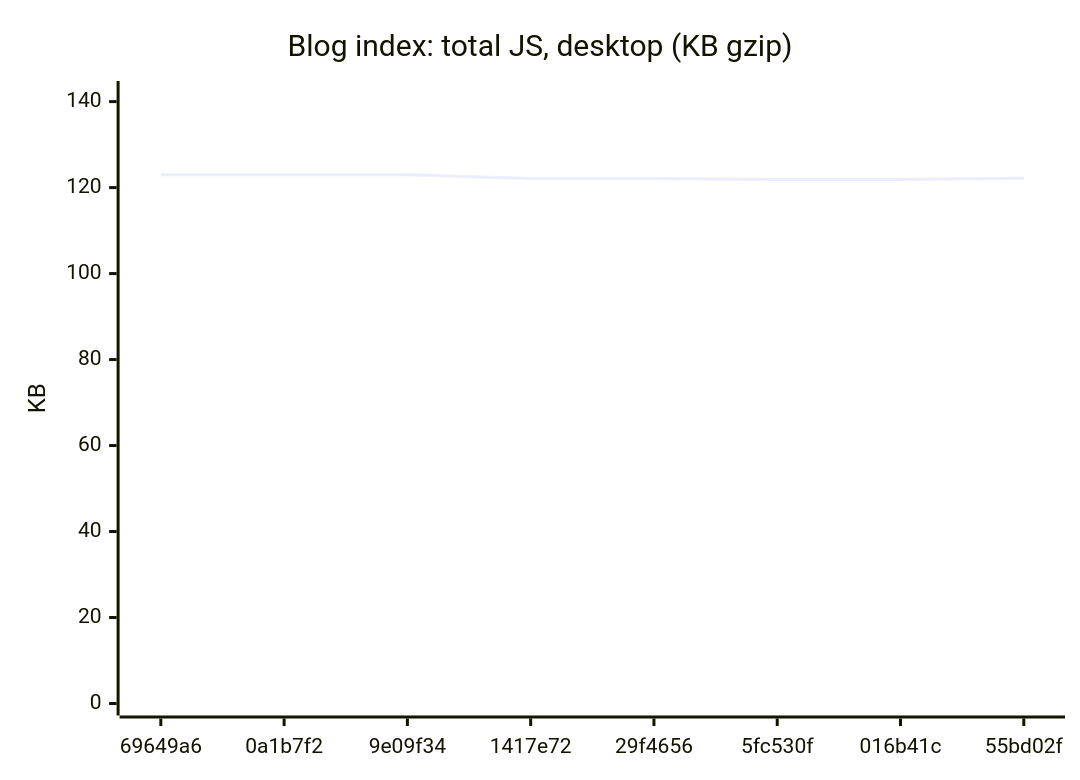
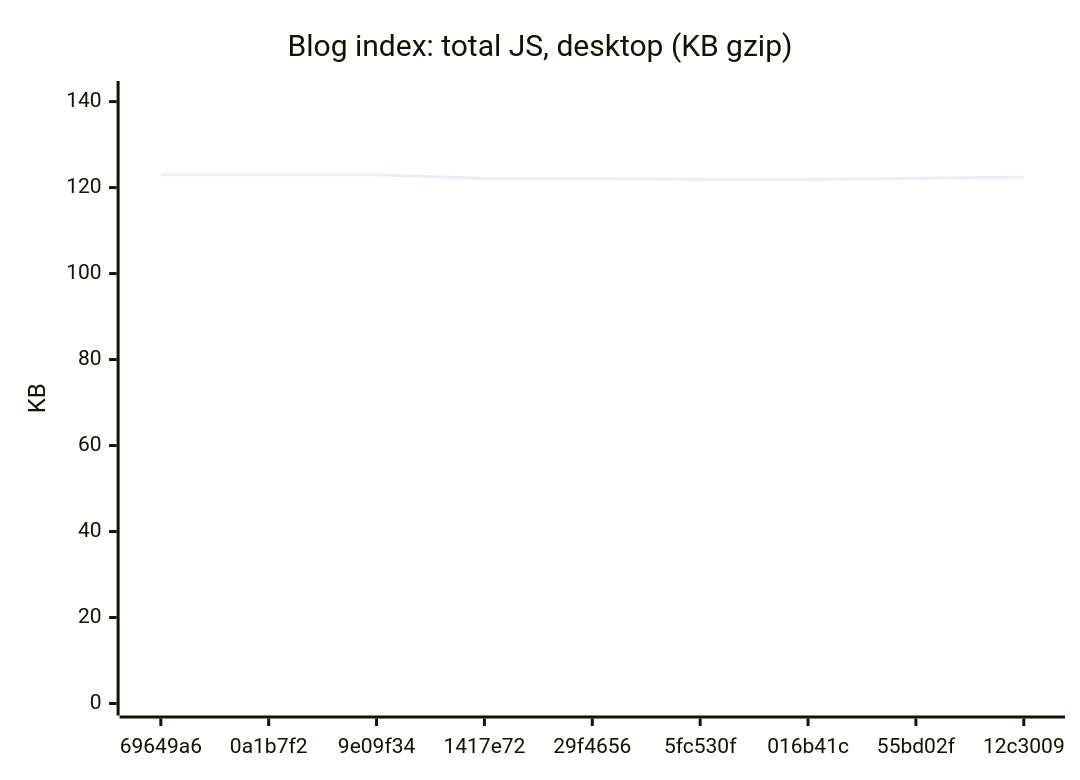
One commit to AxelUser/maltsev.space changed the third of 18 diagrams in README.md. Above: the diagram before and after it, drawn with Mermaid. The commit also changed other lines of this file and 1 other file, not shown here.

````diff
--- a/README.md
+++ b/README.md
@@ -53,7 +53,7 @@
 ```mermaid
 xychart-beta
   title "Blog index: total JS, desktop (KB gzip)"
-  x-axis ["69649a6", "0a1b7f2", "9e09f34", "1417e72", "29f4656", "5fc530f", "016b41c", "55bd02f"]
+  x-axis ["69649a6", "0a1b7f2", "9e09f34", "1417e72", "29f4656", "5fc530f", "016b41c", "55bd02f", "12c3009"]
   y-axis "KB" 0 --> 142
-  line [123, 123, 123, 122.1, 122.1, 121.9, 121.9, 122.2]
+  line [123, 123, 123, 122.1, 122.1, 121.9, 121.9, 122.2, 122.4]
 ```
````
